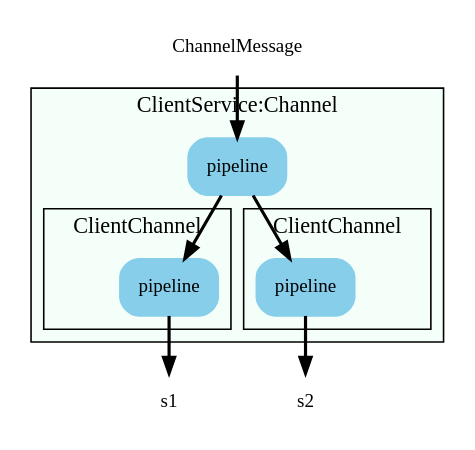
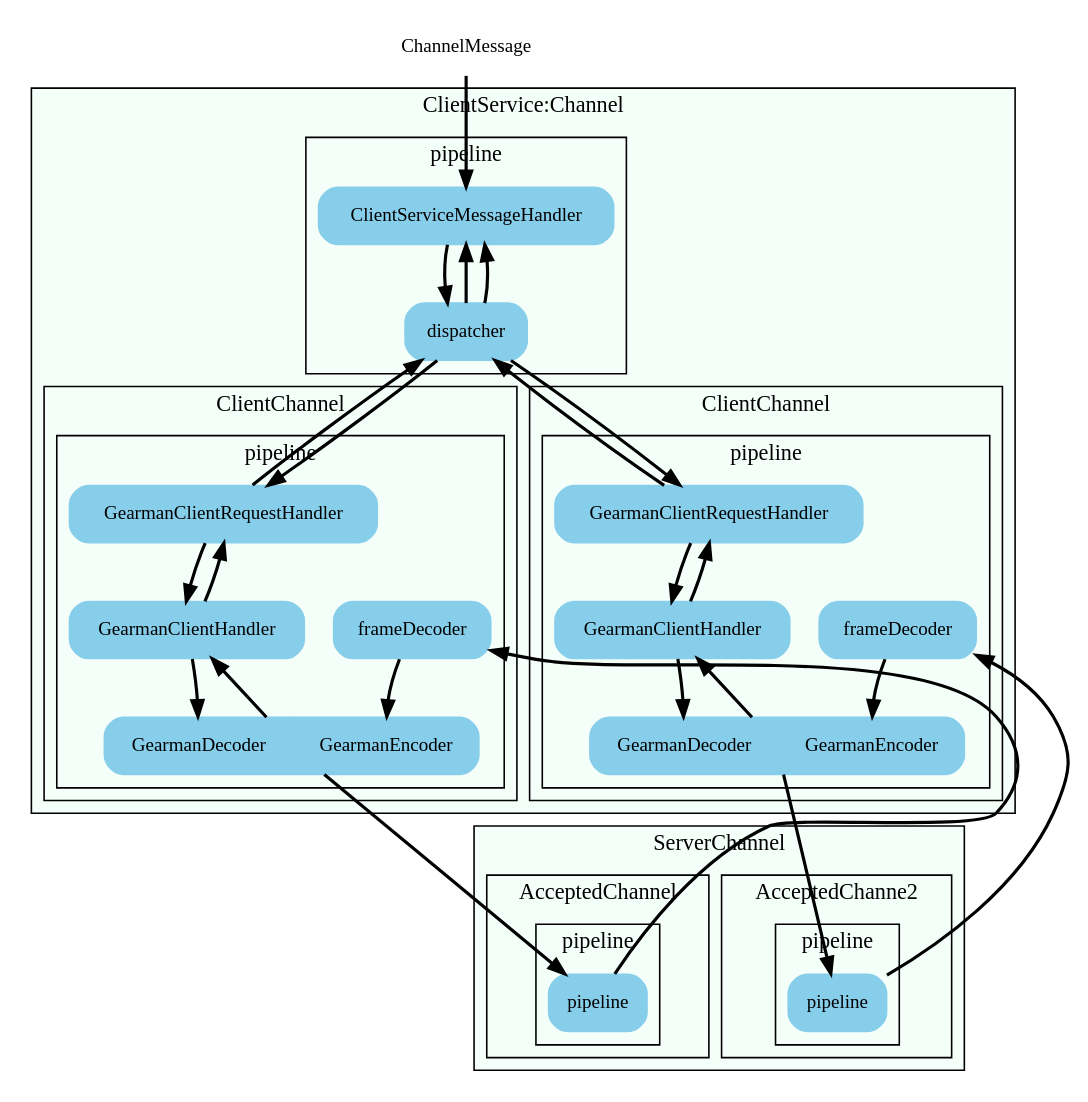
The diagram in doc/graphviz/service-ClientBuilder-2.dot (frankee/cetty2), drawn with Graphviz before and after one commit. The commit also changed 7 other files, not shown here.

Commit message:
cetty-protobuf: remove the ProtobufClientService definition

```diff
--- a/doc/graphviz/service-ClientBuilder-2.dot
+++ b/doc/graphviz/service-ClientBuilder-2.dot
@@ -1,57 +1,114 @@
 digraph G {
 
 edge [style=bold,color=black,fontname="Microsoft YaHei", fontsize=12];
 node [shape=plaintext, fontname="Microsoft YaHei", fontsize=12];
 
 m [label="ChannelMessage"];
 
 subgraph cluster_cs {
   label="ClientService:Channel";
   bgcolor="mintcream";
   node [shape="Mrecord", color="skyblue", style="filled"];
   
-  p0 [label="pipeline"];
+  subgraph cluster_p0 {
+	label="pipeline";
+	
+	p0_h1 [label="ClientServiceMessageHandler"];
+	p0_h2 [label="dispatcher"];
+	
+  }
   
   subgraph cluster_ch1 {
     label="ClientChannel";
-	p1 [label="pipeline"];
+	
+	subgraph cluster_ch1_p {
+		label="pipeline";
+		
+		p1_h1 [label="GearmanClientRequestHandler"];
+		p1_h2 [label="GearmanClientHandler"]
+		p1_h3 [label="<d>GearmanDecoder | <e>GearmanEncoder"];
+		p1_h4 [label="frameDecoder"];
+	}
   };
   
   subgraph cluster_ch2 {
     label="ClientChannel";
-	p2 [label="pipeline"];
+	
+	subgraph cluster_ch2_p {
+		label="pipeline";
+		
+		p2_h1 [label="GearmanClientRequestHandler"];
+		p2_h2 [label="GearmanClientHandler"]
+		p2_h3 [label="<d>GearmanDecoder | <e>GearmanEncoder"];
+		p2_h4 [label="frameDecoder"];
+	}
   };
 };
 
-subgraph cluster_s1 {
-  label="ClientService:Channel";
+subgraph cluster_s {
+  label="ServerChannel";
   bgcolor="mintcream";
   node [shape="Mrecord", color="skyblue", style="filled"];
   
-  p0 [label="pipeline"];
-  
-  subgraph cluster_ch1 {
-    label="ClientChannel";
-	p1 [label="pipeline"];
-  };
-};
 
-subgraph cluster_s2 {
+  subgraph cluster_s1 {
   label="AcceptedChannel";
   bgcolor="mintcream";
   node [shape="Mrecord", color="skyblue", style="filled"];
   
-  subgraph cluster_ch1 {
-    label="ClientChannel";
-	p1 [label="pipeline"];
+	  subgraph cluster_s1_p {
+		label="pipeline";
+		s1_h1 [label="pipeline"];
+	  };
+  };
+  
+  subgraph cluster_s2 {
+  label="AcceptedChanne2";
+  bgcolor="mintcream";
+  node [shape="Mrecord", color="skyblue", style="filled"];
+  
+	  subgraph cluster_s2_p {
+		label="pipeline";
+		s2_h1 [label="pipeline"];
+	  };
   };
 };
 
-m -> p0;
-p0 -> p1;
-p0 -> p2;
+// send
+m -> p0_h1;
+p0_h1 -> p0_h2;
 
-p1 -> s1;
-p2 -> s2;
+p0_h2 -> p1_h1;
+p1_h1 -> p1_h2;
+p1_h2 -> p1_h3:d;
+//p1_h3 -> p1_h4;
+
+p0_h2 -> p2_h1;
+p2_h1 -> p2_h2;
+p2_h2 -> p2_h3:d;
+//p2_h3 -> p2_h4;
+
+p1_h3 -> s1_h1;
+p2_h3 -> s2_h1;
+
+// receive
+s1_h1 -> p1_h4;
+
+p1_h4 -> p1_h3:e;
+p1_h3 -> p1_h2;
+p1_h2 -> p1_h1;
+
+p1_h1 -> p0_h2;
+p0_h2 -> p0_h1;
+
+s2_h1 -> p2_h4;
+
+p2_h4 -> p2_h3:e;
+p2_h3 -> p2_h2;
+p2_h2 -> p2_h1;
+
+p2_h1 -> p0_h2;
+p0_h2 -> p0_h1;
+
 
 }
```
